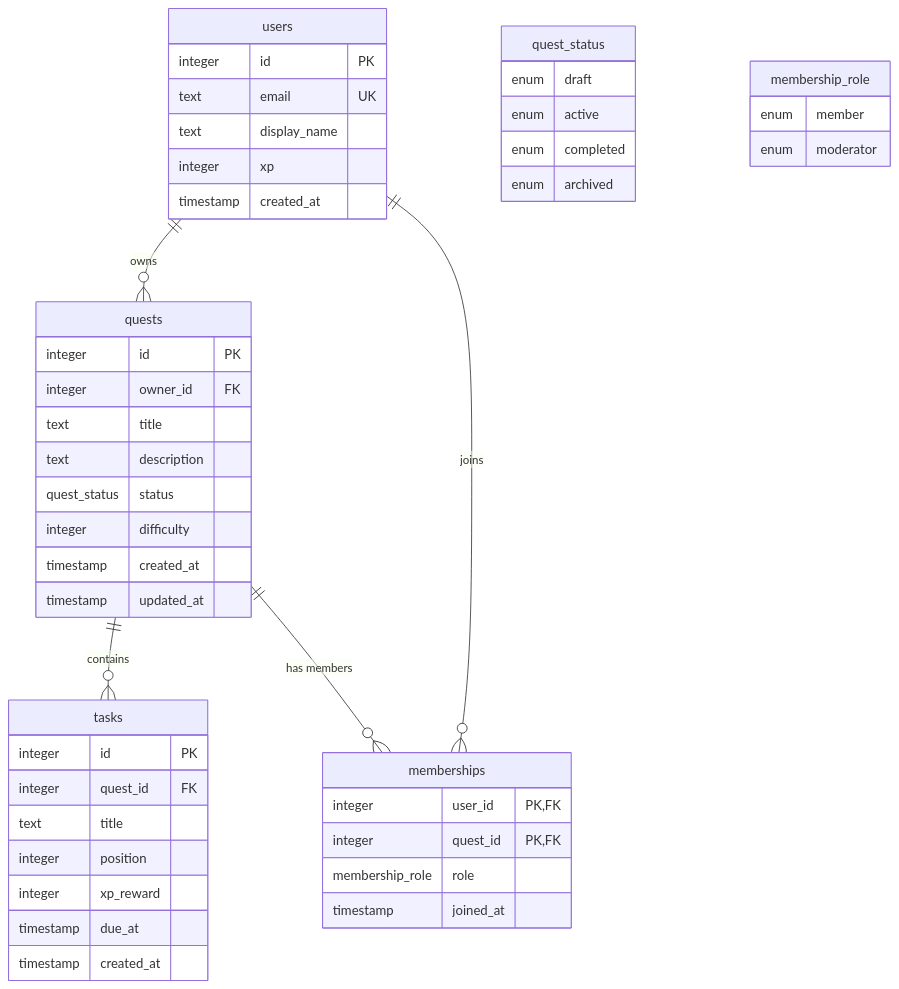
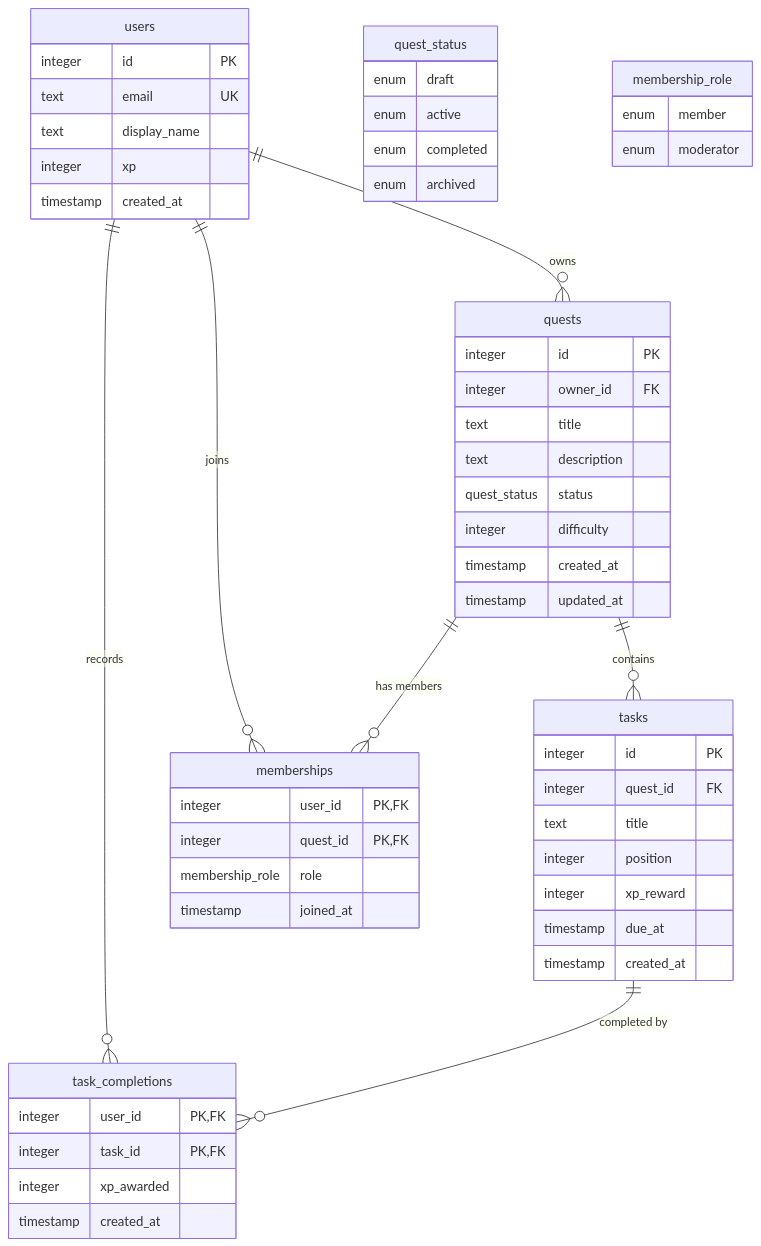
One commit to ccweerasinghe1994/drizzel-lerning-quest-project changed the diagram in README.md. Above: the diagram before and after it, drawn with Mermaid. The commit also changed 3 other files, not shown here.

Commit message:
docs: update README for task completions

````diff
--- a/README.md
+++ b/README.md
@@ -66,50 +66,58 @@
 ```mermaid
 erDiagram
     users ||--o{ quests : "owns"
     quests ||--o{ tasks : "contains"
     users ||--o{ memberships : "joins"
     quests ||--o{ memberships : "has members"
+    users ||--o{ task_completions : "records"
+    tasks ||--o{ task_completions : "completed by"
 
     quest_status {
         enum draft
         enum active
         enum completed
         enum archived
     }
     membership_role {
         enum member
         enum moderator
     }
     users {
         integer id PK
         text email UK
         text display_name
         integer xp
         timestamp created_at
     }
     quests {
         integer id PK
         integer owner_id FK
         text title
         text description
         quest_status status
         integer difficulty
         timestamp created_at
         timestamp updated_at
     }
     tasks {
         integer id PK
         integer quest_id FK
         text title
         integer position
         integer xp_reward
         timestamp due_at
         timestamp created_at
     }
     memberships {
         integer user_id PK, FK
         integer quest_id PK, FK
         membership_role role
         timestamp joined_at
     }
+    task_completions {
+        integer user_id PK, FK
+        integer task_id PK, FK
+        integer xp_awarded
+        timestamp created_at
+    }
 ```
````
